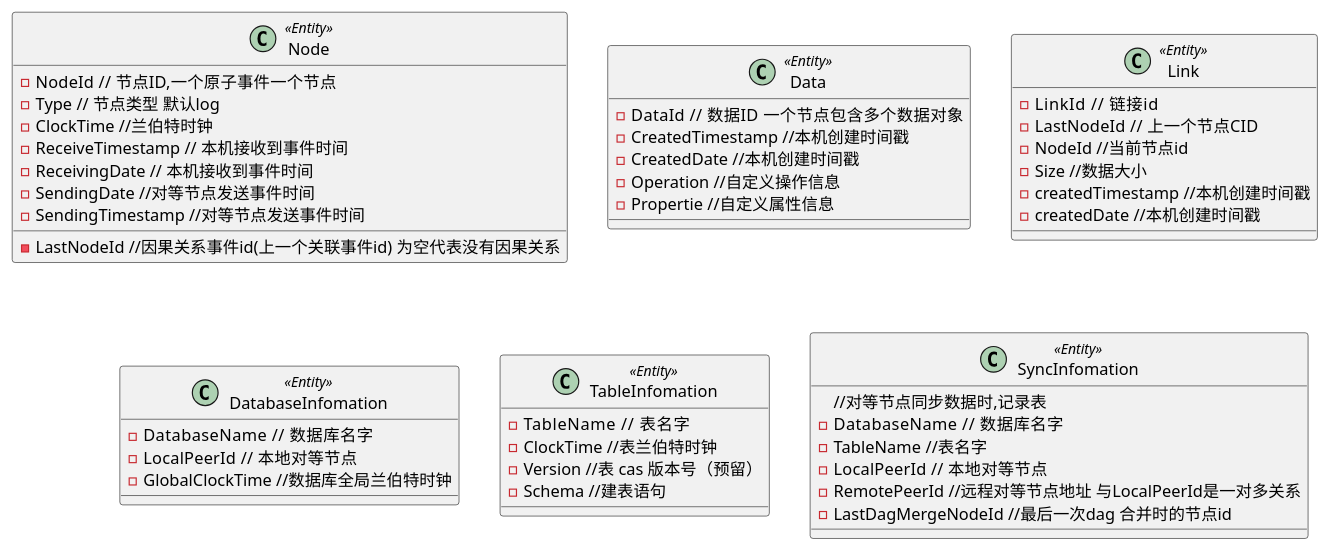
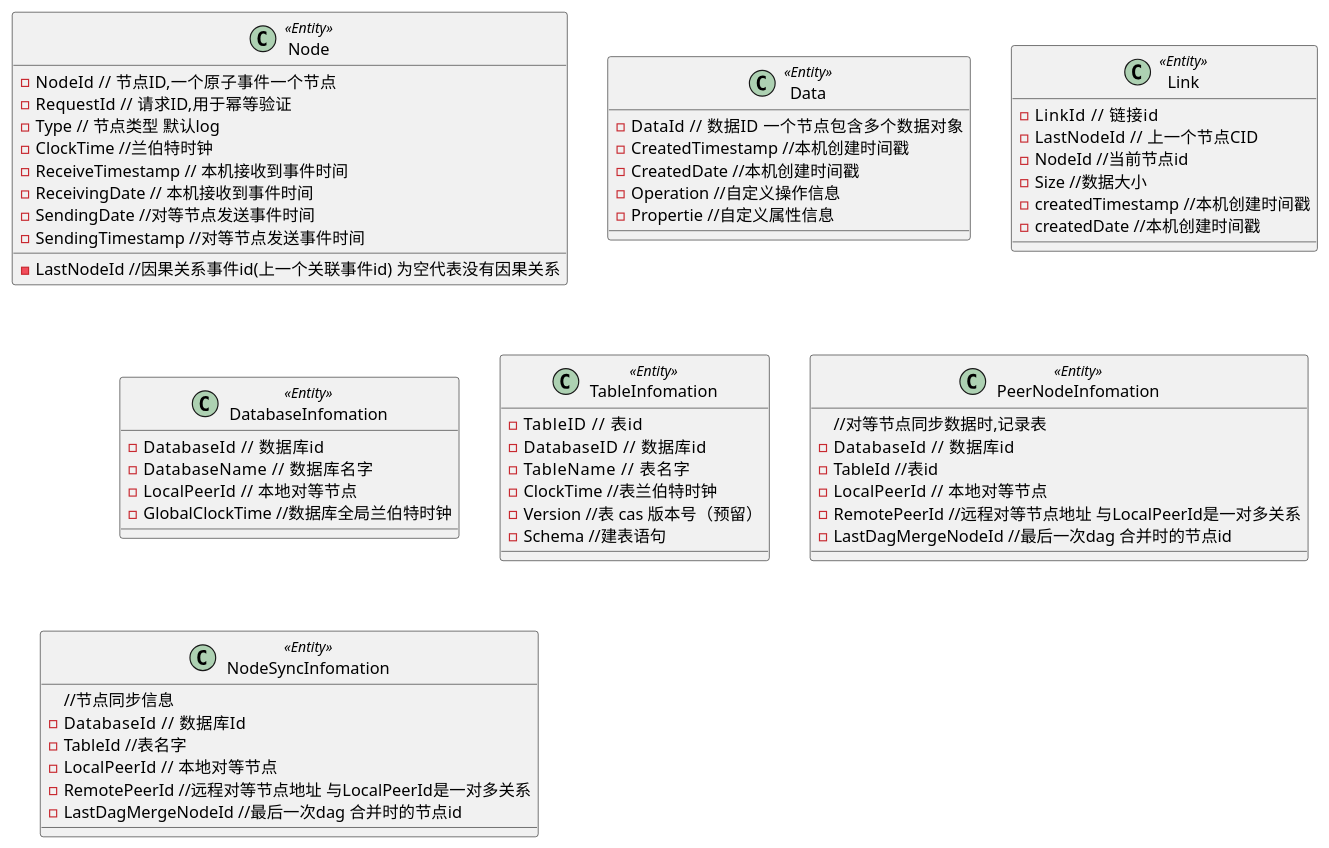
Before and after one commit to Rock-Lee-520/p2pdb: the diagram in domain/server/repository/persistence/persistence.puml, drawn with PlantUML. The commit also changed 9 other files, not shown here.

```diff
--- a/domain/server/repository/persistence/persistence.puml
+++ b/domain/server/repository/persistence/persistence.puml
@@ -3,60 +3,75 @@
 @startuml
 
 class Node <<Entity>> {
     - NodeId  // 节点ID,一个原子事件一个节点
+    - RequestId //  请求ID,用于幂等验证
     - Type // 节点类型 默认log
     - ClockTime //兰伯特时钟
     - ReceiveTimestamp // 本机接收到事件时间
     - ReceivingDate // 本机接收到事件时间
     - SendingDate //对等节点发送事件时间
     - SendingTimestamp //对等节点发送事件时间
     - LastNodeId //因果关系事件id(上一个关联事件id) 为空代表没有因果关系                 
 }
 
 
 class Data <<Entity>> {
     - DataId  // 数据ID  一个节点包含多个数据对象
     - CreatedTimestamp //本机创建时间戳
     - CreatedDate //本机创建时间戳
     - Operation //自定义操作信息
     - Propertie //自定义属性信息                 
 }
 
 class Link <<Entity>> {
     - LinkId   // 链接id
     - LastNodeId  // 上一个节点CID
     - NodeId //当前节点id
     - Size //数据大小
     - createdTimestamp //本机创建时间戳
     - createdDate //本机创建时间戳
 }
 
 
 class DatabaseInfomation <<Entity>> {
+    - DatabaseId   // 数据库id
     - DatabaseName   // 数据库名字
     - LocalPeerId  // 本地对等节点
     - GlobalClockTime //数据库全局兰伯特时钟
 }
 
 
 class TableInfomation <<Entity>> {
+    - TableID   // 表id 
+    - DatabaseID   // 数据库id 
     - TableName   // 表名字
     - ClockTime //表兰伯特时钟
     - Version //表 cas 版本号（预留）
     - Schema //建表语句
 
 }
 
 
-class SyncInfomation <<Entity>> {
+class PeerNodeInfomation <<Entity>> {
     //对等节点同步数据时,记录表
-    - DatabaseName   // 数据库名字
-    - TableName //表名字
+    - DatabaseId   // 数据库id
+    - TableId //表id
+    - LocalPeerId  // 本地对等节点
+    - RemotePeerId //远程对等节点地址 与LocalPeerId是一对多关系
+    - LastDagMergeNodeId //最后一次dag 合并时的节点id
+}
+
+
+
+class NodeSyncInfomation <<Entity>> {
+    //节点同步信息
+    - DatabaseId   // 数据库Id
+    - TableId //表名字
     - LocalPeerId  // 本地对等节点
     - RemotePeerId //远程对等节点地址 与LocalPeerId是一对多关系
     - LastDagMergeNodeId //最后一次dag 合并时的节点id
 }
 
 
 
 @enduml
```
